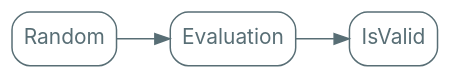
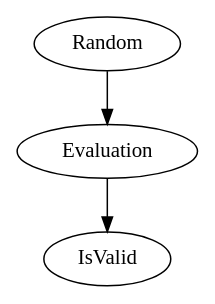
The diagram in src/graphviz/validity.dot (nrinaudo/much-ado-about-testing), drawn with Graphviz before and after one commit. The commit also changed 98 other files, not shown here.

Commit message:
Use graphviz stylesheets

```diff
--- a/src/graphviz/validity.dot
+++ b/src/graphviz/validity.dot
@@ -1,16 +1,9 @@
 digraph {
-    bgcolor=transparent
-    rankdir=LR
-
-    // Default theme: enabled
-    node[shape="rectangle" style="rounded,filled" color="#586E75" fillcolor="#ffffff" fontcolor="#586E75" fontname="Inter,Arial"]
-    edge[color="#586E75" fontcolor="#000000" fontname="Inter,Arial" fontsize=11]
-
     Input[label="Random"]
     Evaluation
     Analysis[label="IsValid"]
 
     Input -> Evaluation
     Evaluation -> Analysis
 
 }
```
